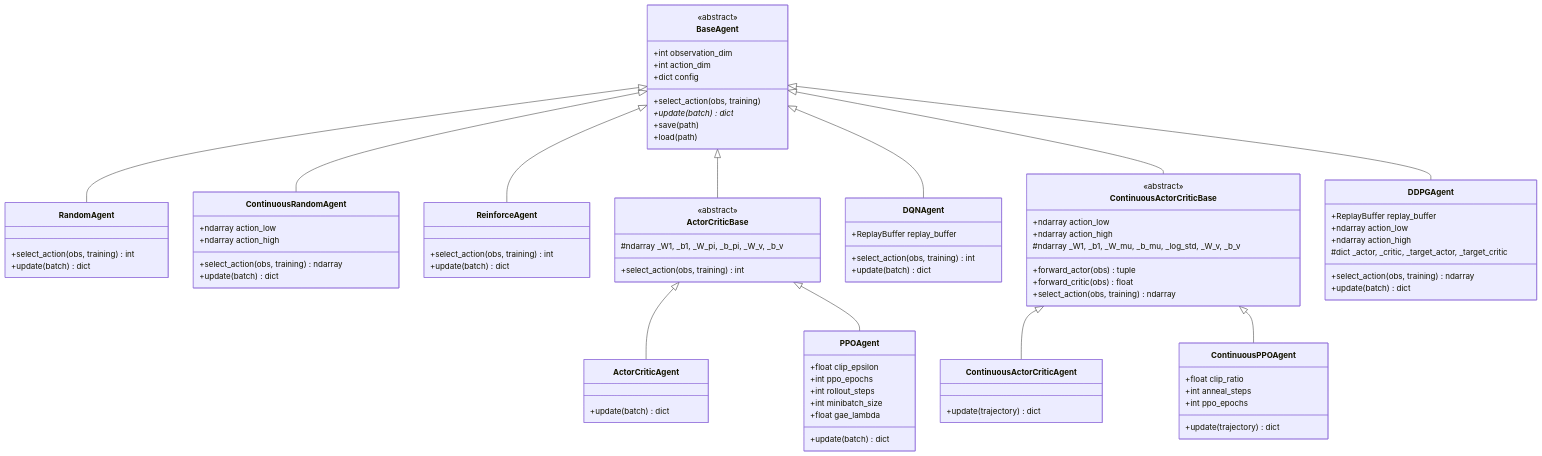
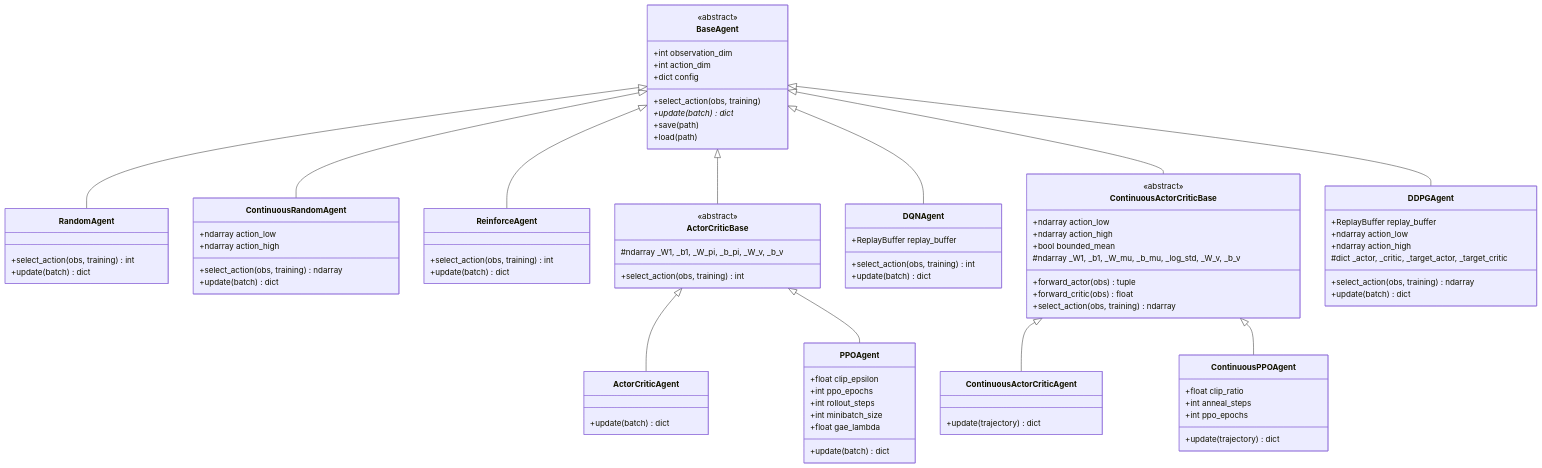
One commit to andreijw/AI changed the second of 3 diagrams in ARCHITECTURE.md. Above: the diagram before and after it, drawn with Mermaid. The commit also changed other lines of this file and 11 other files, not shown here.

Commit message:
feat(agents): bounded policy mean and chunked A2C updates; continuous Actor-Critic beats random on Pendulum-v1

```diff
--- a/ARCHITECTURE.md
+++ b/ARCHITECTURE.md
@@ -178,6 +182,7 @@
         <<abstract>>
         +ndarray action_low
         +ndarray action_high
+        +bool bounded_mean
         #ndarray _W1, _b1, _W_mu, _b_mu, _log_std, _W_v, _b_v
         +forward_actor(obs) tuple
         +forward_critic(obs) float
```
